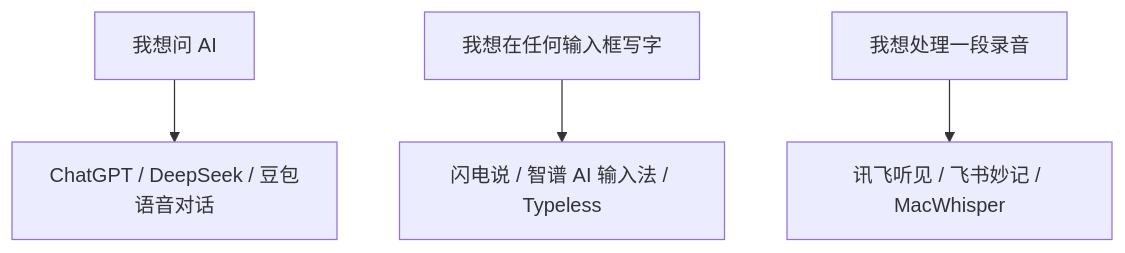
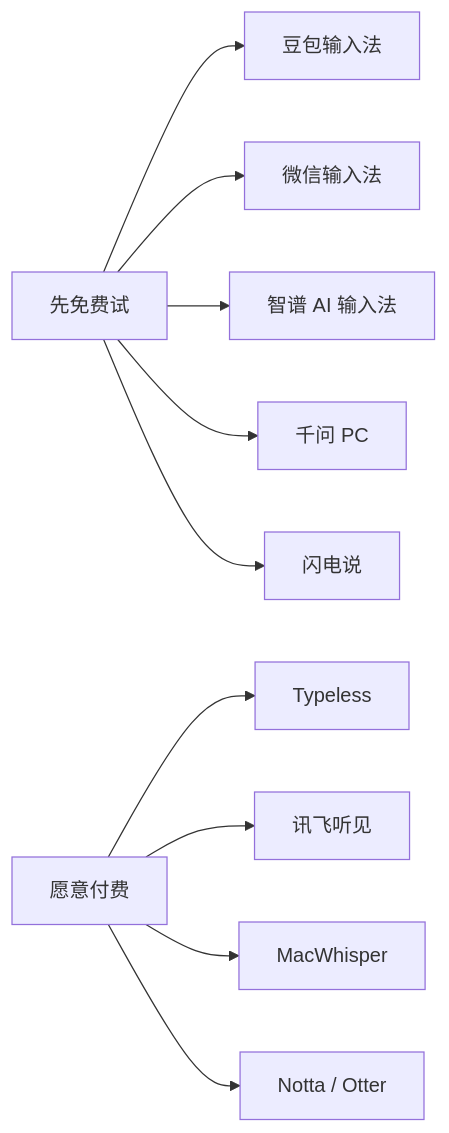
The second of 3 diagrams in 02-稿件库/01-创作中稿件/语音输入软件横评-20260613/02-配图与素材清单.md (xieli149/AI--obsidian), drawn with Mermaid before and after one commit. The commit also changed other lines of this file and 2 other files, not shown here.

````diff
--- a/02-稿件库/01-创作中稿件/语音输入软件横评-20260613/02-配图与素材清单.md
+++ b/02-稿件库/01-创作中稿件/语音输入软件横评-20260613/02-配图与素材清单.md
@@ -49,6 +54,12 @@
 ```mermaid
-flowchart TB
-  A["我想问 AI"] --> B["ChatGPT / DeepSeek / 豆包语音对话"]
-  C["我想在任何输入框写字"] --> D["闪电说 / 智谱 AI 输入法 / Typeless"]
-  E["我想处理一段录音"] --> F["讯飞听见 / 飞书妙记 / MacWhisper"]
+flowchart LR
+  A["先免费试"] --> B["豆包输入法"]
+  A --> C["微信输入法"]
+  A --> D["智谱 AI 输入法"]
+  A --> E["千问 PC"]
+  A --> F["闪电说"]
+  G["愿意付费"] --> H["Typeless"]
+  G --> I["讯飞听见"]
+  G --> J["MacWhisper"]
+  G --> K["Notta / Otter"]
 ```
````
